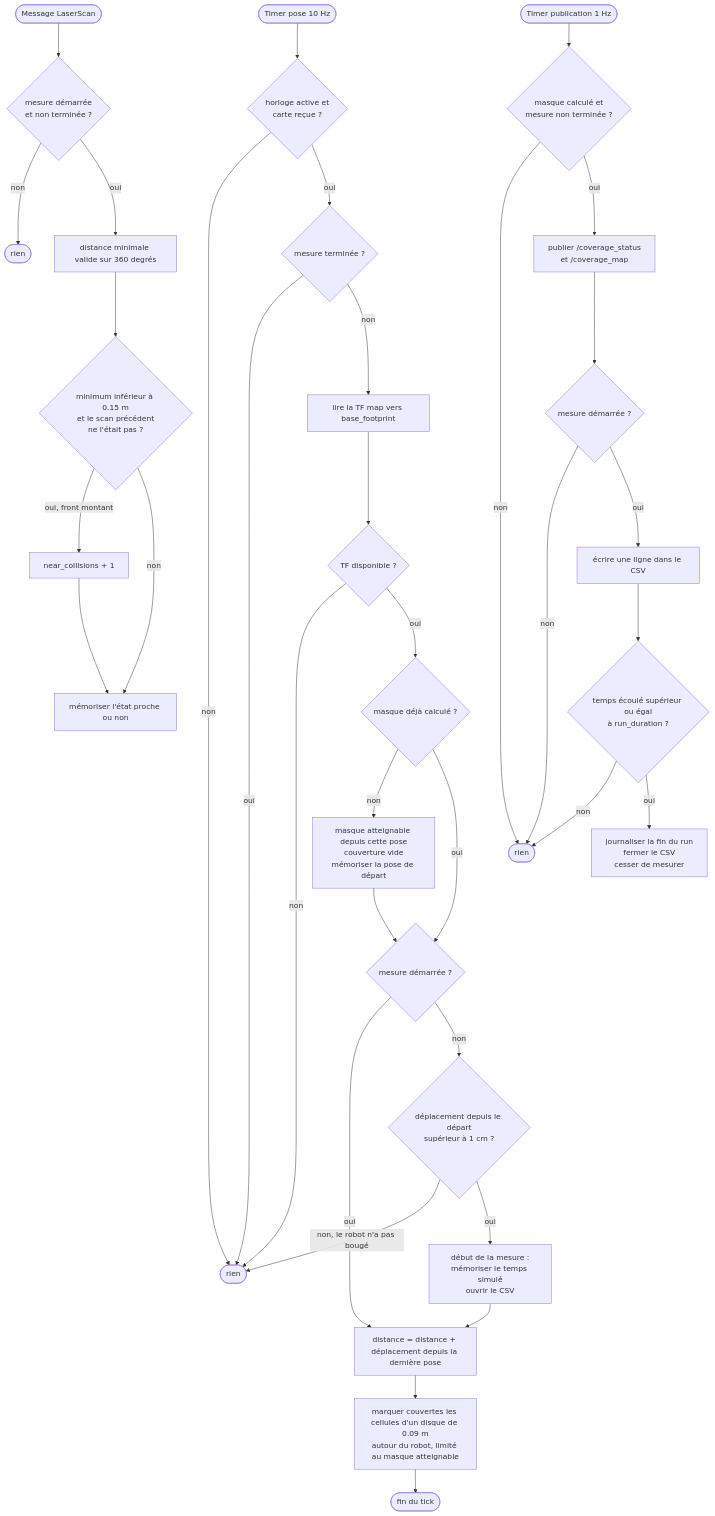
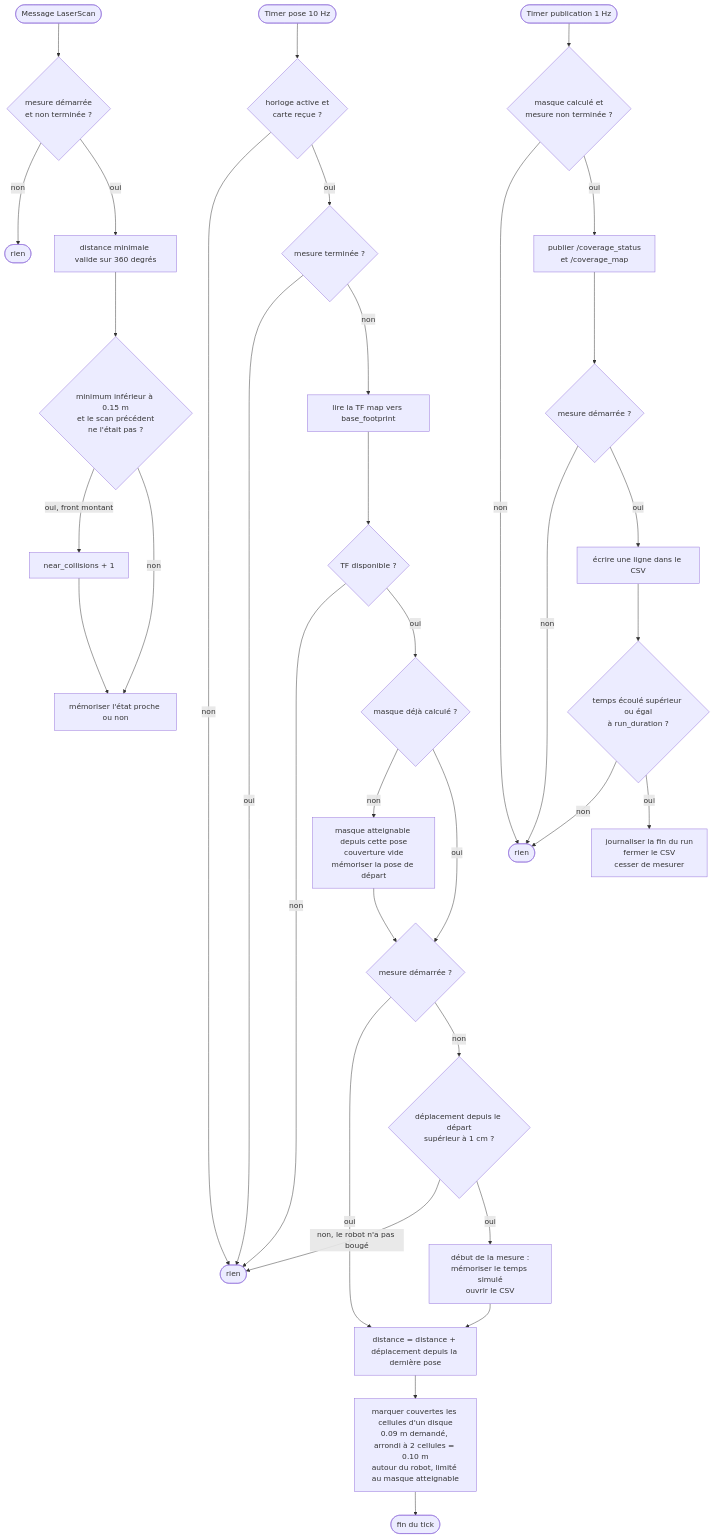
Before and after one commit to Maximator13/robot-aspirateur-ros2: the ninth of 9 diagrams in docs/ALGORIGRAMMES.md, drawn with Mermaid. The commit also changed other lines of this file and 14 other files, not shown here.

````diff
--- a/docs/ALGORIGRAMMES.md
+++ b/docs/ALGORIGRAMMES.md
@@ -223,39 +223,39 @@
 ```mermaid
 flowchart TD
     T1(["Timer pose 10 Hz"]) --> A{"horloge active et<br/>carte reçue ?"}
     A -- "non" --> FIN1(["rien"])
     A -- "oui" --> B{"mesure terminée ?"}
     B -- "oui" --> FIN1
     B -- "non" --> C["lire la TF map vers base_footprint"]
     C --> D{"TF disponible ?"}
     D -- "non" --> FIN1
     D -- "oui" --> E{"masque déjà calculé ?"}
     E -- "non" --> F["masque atteignable depuis cette pose<br/>couverture vide<br/>mémoriser la pose de départ"]
     E -- "oui" --> G
     F --> G{"mesure démarrée ?"}
     G -- "oui" --> J
     G -- "non" --> H{"déplacement depuis le départ<br/>supérieur à 1 cm ?"}
     H -- "non, le robot n'a pas bougé" --> FIN1
     H -- "oui" --> I["début de la mesure :<br/>mémoriser le temps simulé<br/>ouvrir le CSV"]
     I --> J["distance = distance + déplacement depuis la dernière pose"]
-    J --> K["marquer couvertes les cellules d'un disque de 0.09 m<br/>autour du robot, limité au masque atteignable"]
+    J --> K["marquer couvertes les cellules d'un disque<br/>0.09 m demandé, arrondi à 2 cellules = 0.10 m<br/>autour du robot, limité au masque atteignable"]
     K --> FIN2(["fin du tick"])
 
     S(["Message LaserScan"]) --> S1{"mesure démarrée<br/>et non terminée ?"}
     S1 -- "non" --> SF(["rien"])
     S1 -- "oui" --> S2["distance minimale valide sur 360 degrés"]
     S2 --> S3{"minimum inférieur à 0.15 m<br/>et le scan précédent<br/>ne l'était pas ?"}
     S3 -- "oui, front montant" --> S4["near_collisions + 1"]
     S3 -- "non" --> S5["mémoriser l'état proche ou non"]
     S4 --> S5
 
     P(["Timer publication 1 Hz"]) --> P1{"masque calculé et<br/>mesure non terminée ?"}
     P1 -- "non" --> PF(["rien"])
     P1 -- "oui" --> P2["publier /coverage_status<br/>et /coverage_map"]
     P2 --> P3{"mesure démarrée ?"}
     P3 -- "non" --> PF
     P3 -- "oui" --> P4["écrire une ligne dans le CSV"]
     P4 --> P5{"temps écoulé supérieur ou égal<br/>à run_duration ?"}
     P5 -- "non" --> PF
     P5 -- "oui" --> P6["journaliser la fin du run<br/>fermer le CSV<br/>cesser de mesurer"]
 ```
````
